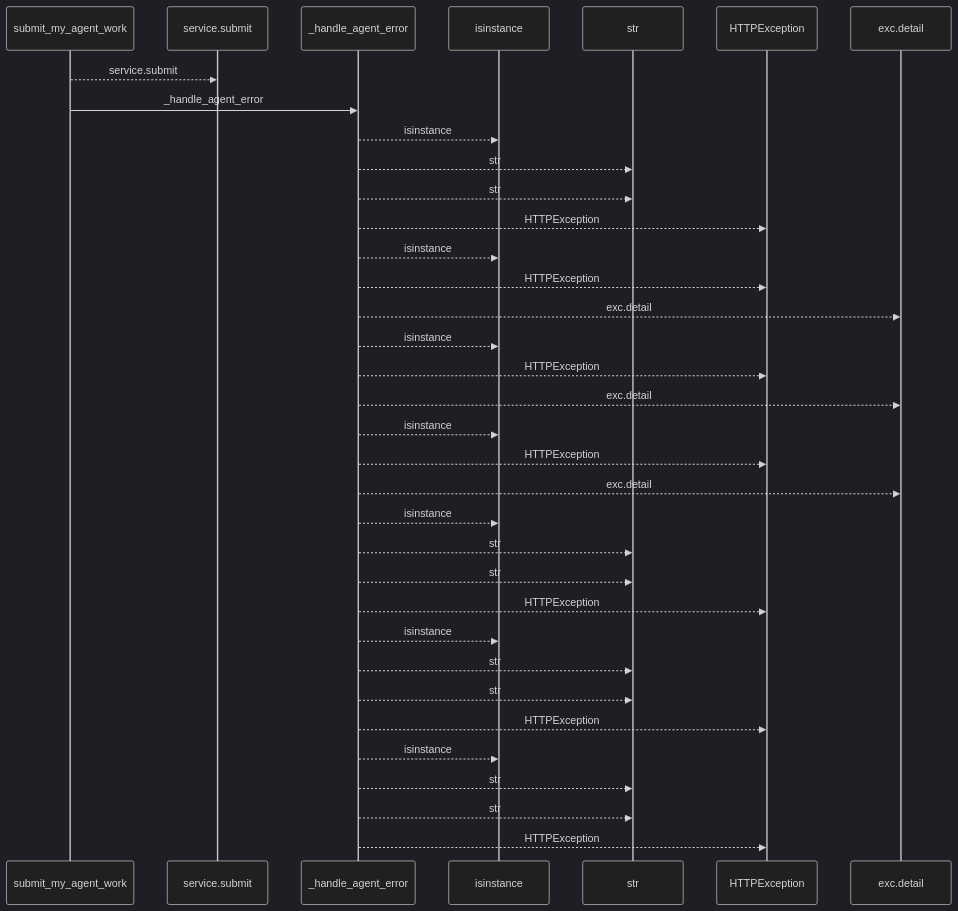
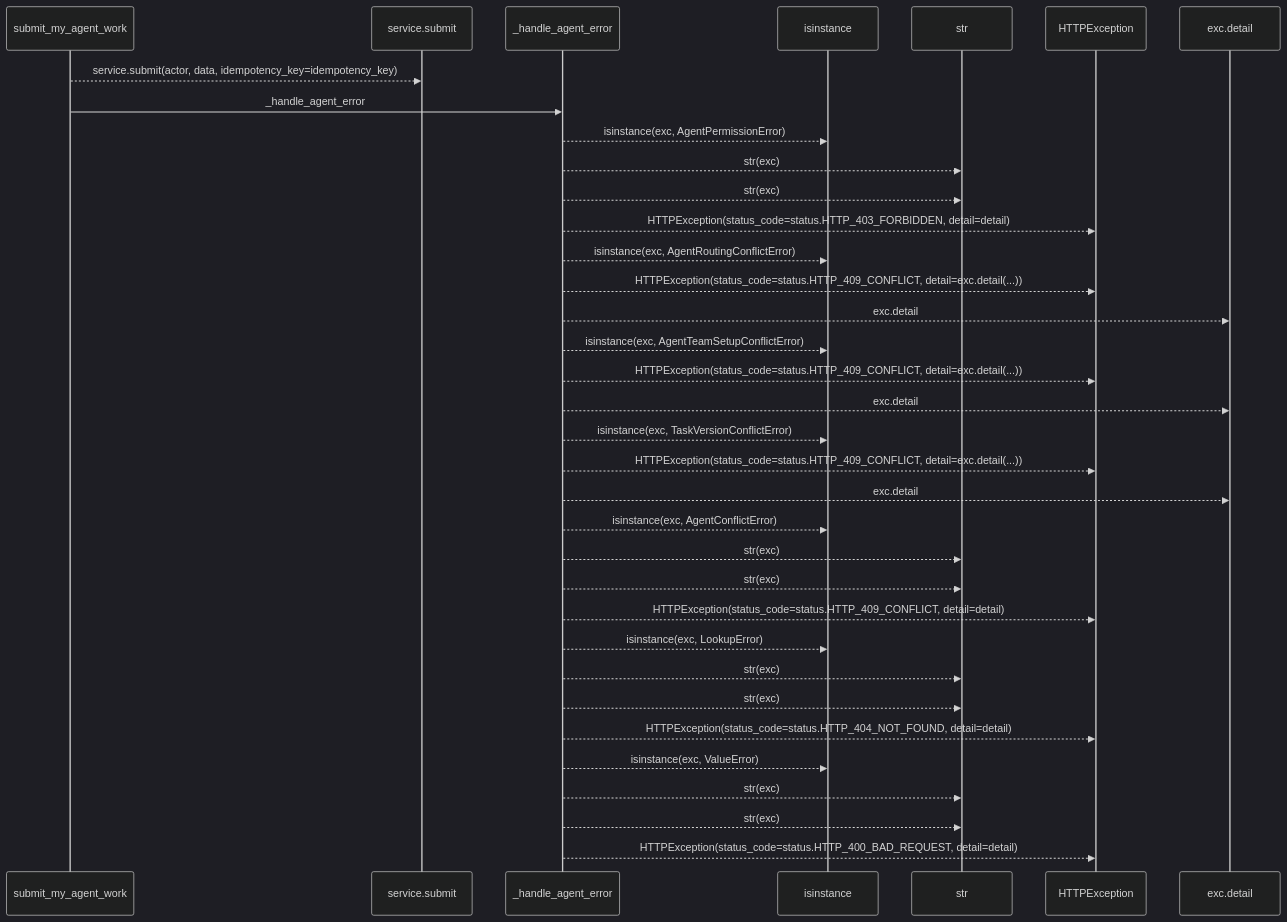
Before and after one commit to Denissvgn/WorkChord: the first of 2 diagrams in docs/llm_wiki/flows/http-submit_my_agent_work.md, drawn with Mermaid (dark theme). The commit also changed other lines of this file and 25171 other files, not shown here.

````diff
--- a/docs/llm_wiki/flows/http-submit_my_agent_work.md
+++ b/docs/llm_wiki/flows/http-submit_my_agent_work.md
@@ -10,37 +12,37 @@
 ```mermaid
 sequenceDiagram
     participant p0 as submit_my_agent_work
     participant p1 as service.submit
     participant p2 as _handle_agent_error
     participant p3 as isinstance
     participant p4 as str
     participant p5 as HTTPException
     participant p6 as exc.detail
-    p0-->>p1: service.submit
+    p0-->>p1: service.submit(actor, data, idempotency_key=idempotency_key)
     p0->>p2: _handle_agent_error
-    p2-->>p3: isinstance
-    p2-->>p4: str
-    p2-->>p4: str
-    p2-->>p5: HTTPException
-    p2-->>p3: isinstance
-    p2-->>p5: HTTPException
+    p2-->>p3: isinstance(exc, AgentPermissionError)
+    p2-->>p4: str(exc)
+    p2-->>p4: str(exc)
+    p2-->>p5: HTTPException(status_code=status.HTTP_403_FORBIDDEN, detail=detail)
+    p2-->>p3: isinstance(exc, AgentRoutingConflictError)
+    p2-->>p5: HTTPException(status_code=status.HTTP_409_CONFLICT, detail=exc.detail(...))
     p2-->>p6: exc.detail
-    p2-->>p3: isinstance
-    p2-->>p5: HTTPException
+    p2-->>p3: isinstance(exc, AgentTeamSetupConflictError)
+    p2-->>p5: HTTPException(status_code=status.HTTP_409_CONFLICT, detail=exc.detail(...))
     p2-->>p6: exc.detail
-    p2-->>p3: isinstance
-    p2-->>p5: HTTPException
+    p2-->>p3: isinstance(exc, TaskVersionConflictError)
+    p2-->>p5: HTTPException(status_code=status.HTTP_409_CONFLICT, detail=exc.detail(...))
     p2-->>p6: exc.detail
-    p2-->>p3: isinstance
-    p2-->>p4: str
-    p2-->>p4: str
-    p2-->>p5: HTTPException
-    p2-->>p3: isinstance
-    p2-->>p4: str
-    p2-->>p4: str
-    p2-->>p5: HTTPException
-    p2-->>p3: isinstance
-    p2-->>p4: str
-    p2-->>p4: str
-    p2-->>p5: HTTPException
+    p2-->>p3: isinstance(exc, AgentConflictError)
+    p2-->>p4: str(exc)
+    p2-->>p4: str(exc)
+    p2-->>p5: HTTPException(status_code=status.HTTP_409_CONFLICT, detail=detail)
+    p2-->>p3: isinstance(exc, LookupError)
+    p2-->>p4: str(exc)
+    p2-->>p4: str(exc)
+    p2-->>p5: HTTPException(status_code=status.HTTP_404_NOT_FOUND, detail=detail)
+    p2-->>p3: isinstance(exc, ValueError)
+    p2-->>p4: str(exc)
+    p2-->>p4: str(exc)
+    p2-->>p5: HTTPException(status_code=status.HTTP_400_BAD_REQUEST, detail=detail)
 ```
````
